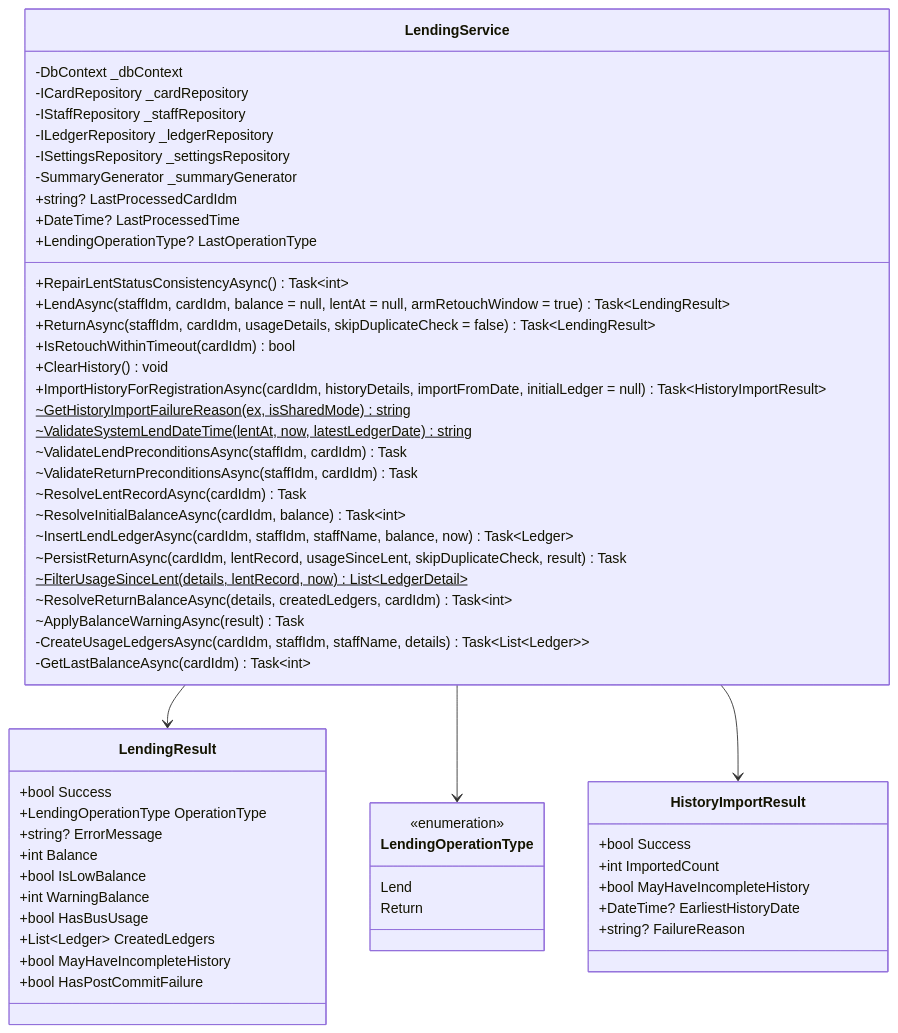
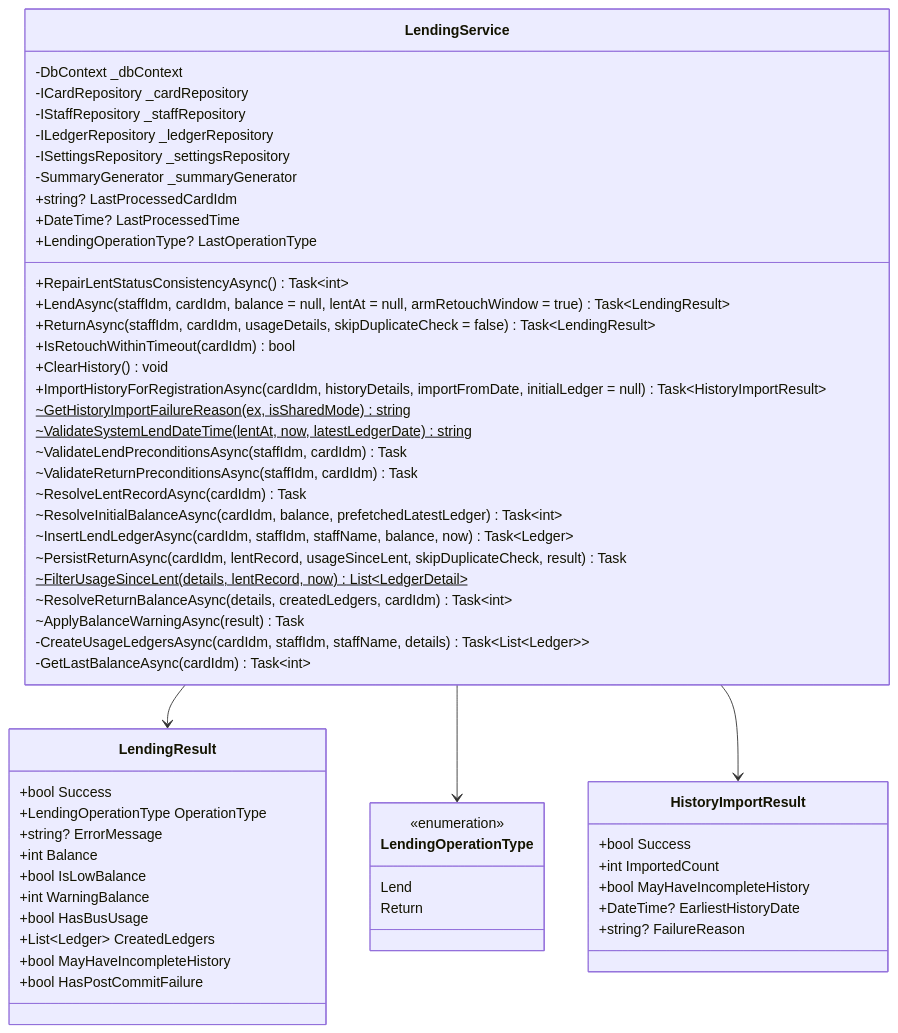
Before and after one commit to kuwayamamasayuki/ICCardManager: the fifth of 52 diagrams in ICCardManager/docs/design/05_クラス設計書.md, drawn with Mermaid. The commit also changed other lines of this file and 10 other files, not shown here.

````diff
--- a/ICCardManager/docs/design/05_クラス設計書.md
+++ b/ICCardManager/docs/design/05_クラス設計書.md
@@ -521,64 +521,64 @@
 ```mermaid
 classDiagram
     class LendingService {
         -DbContext _dbContext
         -ICardRepository _cardRepository
         -IStaffRepository _staffRepository
         -ILedgerRepository _ledgerRepository
         -ISettingsRepository _settingsRepository
         -SummaryGenerator _summaryGenerator
         +string? LastProcessedCardIdm
         +DateTime? LastProcessedTime
         +LendingOperationType? LastOperationType
         +RepairLentStatusConsistencyAsync() Task~int~
         +LendAsync(staffIdm, cardIdm, balance = null, lentAt = null, armRetouchWindow = true) Task~LendingResult~
         +ReturnAsync(staffIdm, cardIdm, usageDetails, skipDuplicateCheck = false) Task~LendingResult~
         +IsRetouchWithinTimeout(cardIdm) bool
         +ClearHistory() void
         +ImportHistoryForRegistrationAsync(cardIdm, historyDetails, importFromDate, initialLedger = null) Task~HistoryImportResult~
         ~GetHistoryImportFailureReason(ex, isSharedMode)$ string
         ~ValidateSystemLendDateTime(lentAt, now, latestLedgerDate)$ string
         ~ValidateLendPreconditionsAsync(staffIdm, cardIdm) Task
         ~ValidateReturnPreconditionsAsync(staffIdm, cardIdm) Task
         ~ResolveLentRecordAsync(cardIdm) Task
-        ~ResolveInitialBalanceAsync(cardIdm, balance) Task~int~
+        ~ResolveInitialBalanceAsync(cardIdm, balance, prefetchedLatestLedger) Task~int~
         ~InsertLendLedgerAsync(cardIdm, staffIdm, staffName, balance, now) Task~Ledger~
         ~PersistReturnAsync(cardIdm, lentRecord, usageSinceLent, skipDuplicateCheck, result) Task
         ~FilterUsageSinceLent(details, lentRecord, now)$ List~LedgerDetail~
         ~ResolveReturnBalanceAsync(details, createdLedgers, cardIdm) Task~int~
         ~ApplyBalanceWarningAsync(result) Task
         -CreateUsageLedgersAsync(cardIdm, staffIdm, staffName, details) Task~List~Ledger~~
         -GetLastBalanceAsync(cardIdm) Task~int~
     }
 
     class LendingResult {
         +bool Success
         +LendingOperationType OperationType
         +string? ErrorMessage
         +int Balance
         +bool IsLowBalance
         +int WarningBalance
         +bool HasBusUsage
         +List~Ledger~ CreatedLedgers
         +bool MayHaveIncompleteHistory
         +bool HasPostCommitFailure
     }
 
     class LendingOperationType {
         <<enumeration>>
         Lend
         Return
     }
 
     class HistoryImportResult {
         +bool Success
         +int ImportedCount
         +bool MayHaveIncompleteHistory
         +DateTime? EarliestHistoryDate
         +string? FailureReason
     }
 
     LendingService --> LendingResult
     LendingService --> LendingOperationType
     LendingService --> HistoryImportResult
 ```
````
